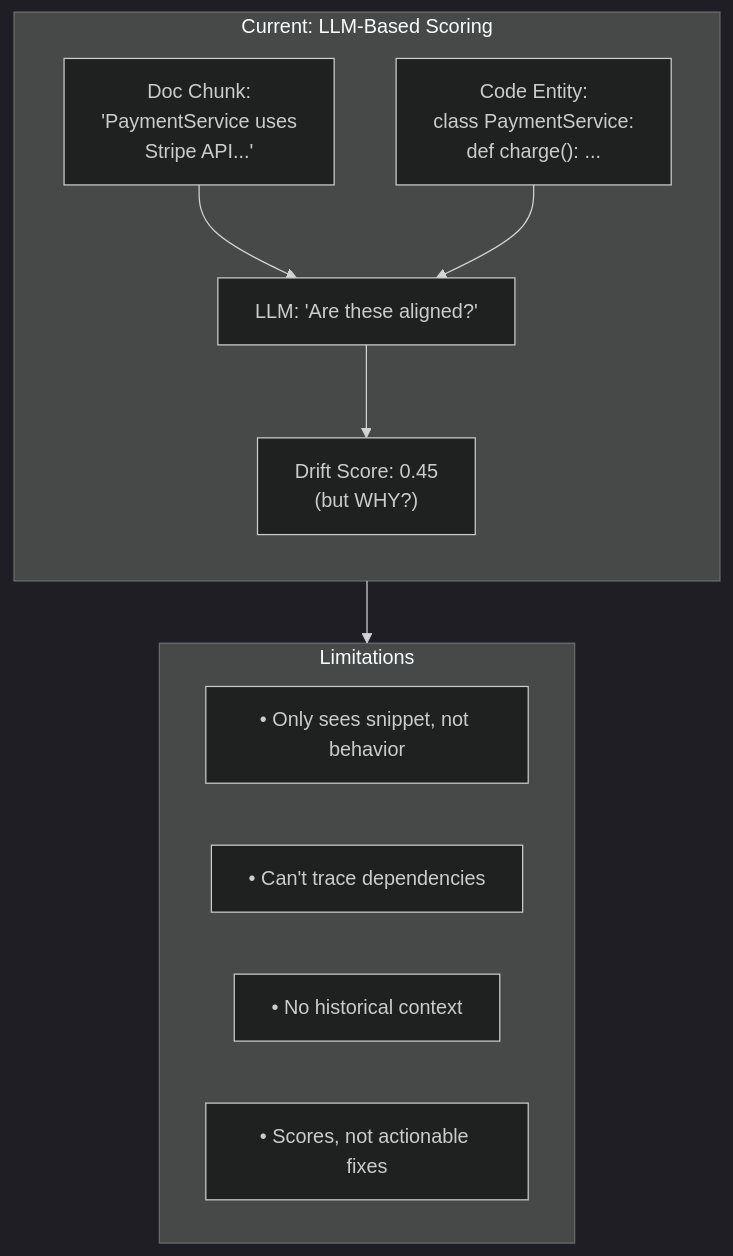
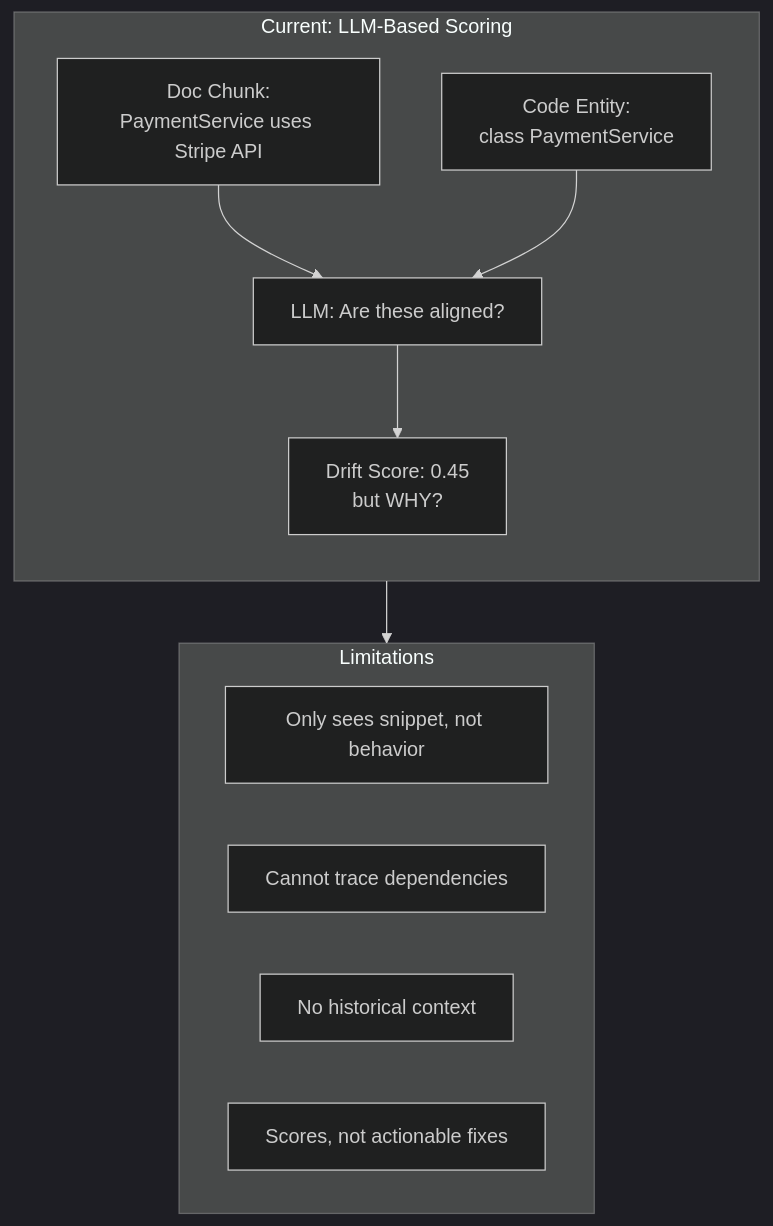
Before and after one commit to iAmLakshya/Lattice: the seventh of 8 diagrams in README.md, drawn with Mermaid (dark theme). The commit also changed other lines of this file, not shown here.

````diff
--- a/README.md
+++ b/README.md
@@ -869,23 +865,23 @@
 ```mermaid
 flowchart TB
     subgraph current["Current: LLM-Based Scoring"]
         direction TB
-        doc["Doc Chunk:\n'PaymentService uses\nStripe API...'"]
-        code["Code Entity:\nclass PaymentService:\n  def charge(): ..."]
-        llm["LLM: 'Are these aligned?'"]
-        score["Drift Score: 0.45\n(but WHY?)"]
+        doc["Doc Chunk:<br>PaymentService uses Stripe API"]
+        code["Code Entity:<br>class PaymentService"]
+        llm["LLM: Are these aligned?"]
+        score["Drift Score: 0.45<br>but WHY?"]
 
         doc --> llm
         code --> llm
         llm --> score
     end
 
     subgraph limits["Limitations"]
-        l1["• Only sees snippet, not behavior"]
-        l2["• Can't trace dependencies"]
-        l3["• No historical context"]
-        l4["• Scores, not actionable fixes"]
+        l1["Only sees snippet, not behavior"]
+        l2["Cannot trace dependencies"]
+        l3["No historical context"]
+        l4["Scores, not actionable fixes"]
     end
 
     current --> limits
 ```
````
